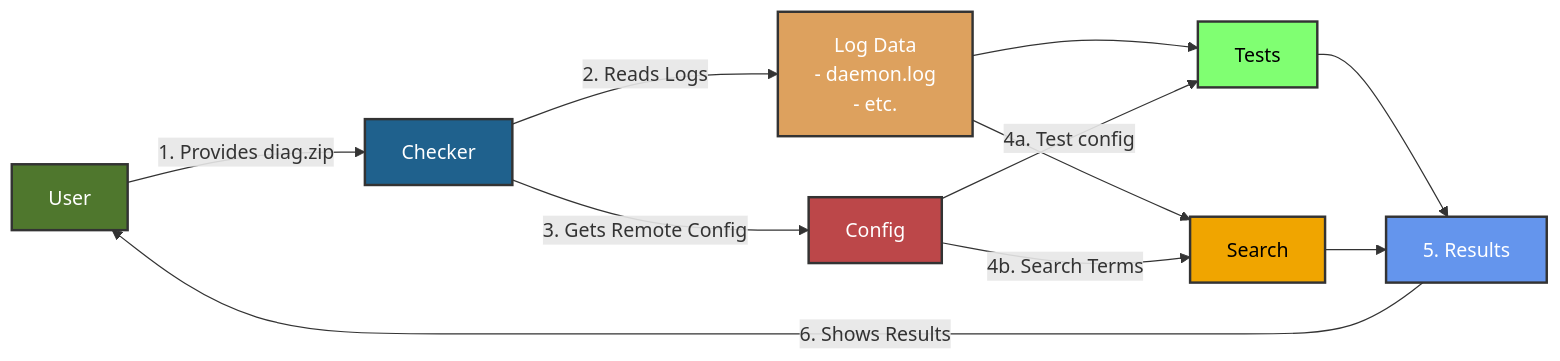
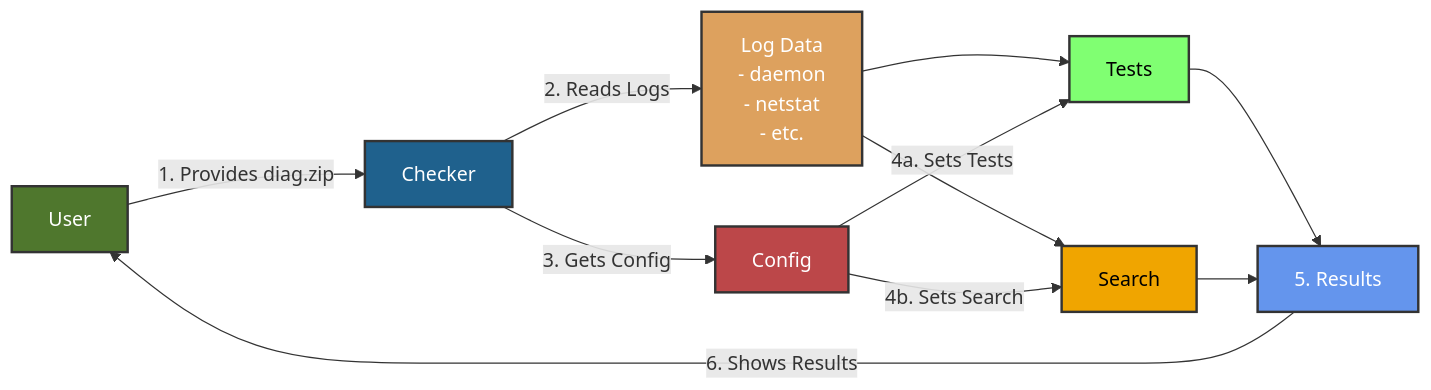
One commit to peakefficiency/warp-diag-checker changed the diagram in README.md. Above: the diagram before and after it, drawn with Mermaid. The commit also changed other lines of this file, not shown here.

````diff
--- a/README.md
+++ b/README.md
@@ -13,21 +12,20 @@
 ```mermaid
 	flowchart LR
-	A[User] -- 1. Provides diag.zip --> B[Checker]
-    B -- 2. Reads Logs --> C[Log Data<br/>- daemon.log<br/>- etc.] --> E
+    A[User] -- 1. Provides diag.zip --> B[Checker]
+    B -- 2. Reads Logs --> C[Log Data<br/>- daemon<br/>- netstat<br/>- etc.] --> E
     C --> F
-    B -- 3. Gets Remote Config --> D[Config] 
-    D -- 4a. Test config --> E[Tests]
-    D -- 4b.  Search Terms --> F[Search]
+    B -- 3. Gets Config --> D[Config] 
+    D -- 4a. Sets Tests --> E[Tests]
+    D -- 4b. Sets Search --> F[Search]
     E --> G[5. Results]
     F --> G
     G -- 6. Shows Results --> A
 
 style A fill:#4F772D,color:#fff,stroke:#333,stroke-width:2px
 style B fill:#1F618D,color:#fff,stroke:#333,stroke-width:2px  
 style C fill:#DDA15E,color:#fff,stroke:#333,stroke-width:2px
 style D fill:#BC4749,color:#fff,stroke:#333,stroke-width:2px
 style E fill:#80FF72,color:#000,stroke:#333,stroke-width:2px
 style F fill:#F0A500,color:#000,stroke:#333,stroke-width:2px
 style G fill:#6495ED,color:#fff,stroke:#333,stroke-width:2px
-
-```			   
+```																										
````
